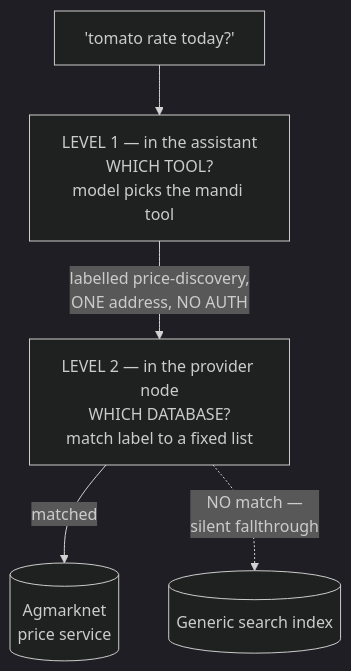
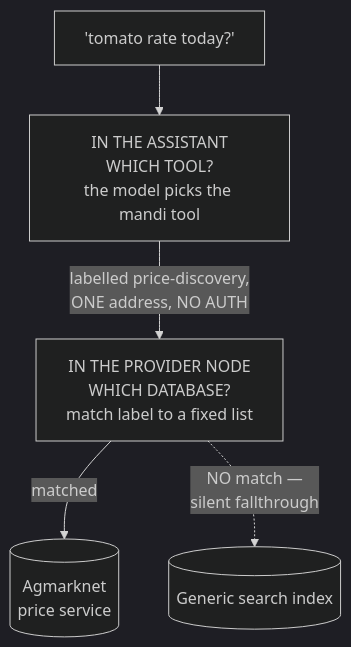
Before and after one commit to manjudr/documents: the fourth of 9 diagrams in ARCHITECTURE.md, drawn with Mermaid (dark theme). The commit also changed other lines of this file and 2 other files, not shown here.

First line of the commit message:
Rewrite publish and discover as points, diagrams and worked examples

````diff
--- a/ARCHITECTURE.md
+++ b/ARCHITECTURE.md
@@ -227,7 +331,7 @@
 ```mermaid
 graph TD
-  Q["'tomato rate today?'"] --> L1["LEVEL 1 — in the assistant<br/>WHICH TOOL?<br/>model picks the mandi tool"]
-  L1 -->|"labelled price-discovery,<br/>ONE address, NO AUTH"| L2["LEVEL 2 — in the provider node<br/>WHICH DATABASE?<br/>match label to a fixed list"]
+  Q["'tomato rate today?'"] --> L1["IN THE ASSISTANT<br/>WHICH TOOL?<br/>the model picks the mandi tool"]
+  L1 -->|"labelled price-discovery,<br/>ONE address, NO AUTH"| L2["IN THE PROVIDER NODE<br/>WHICH DATABASE?<br/>match label to a fixed list"]
   L2 -->|"matched"| D[("Agmarknet<br/>price service")]
   L2 -.->|"NO match —<br/>silent fallthrough"| GEN[("Generic search index")]
 ```
````
